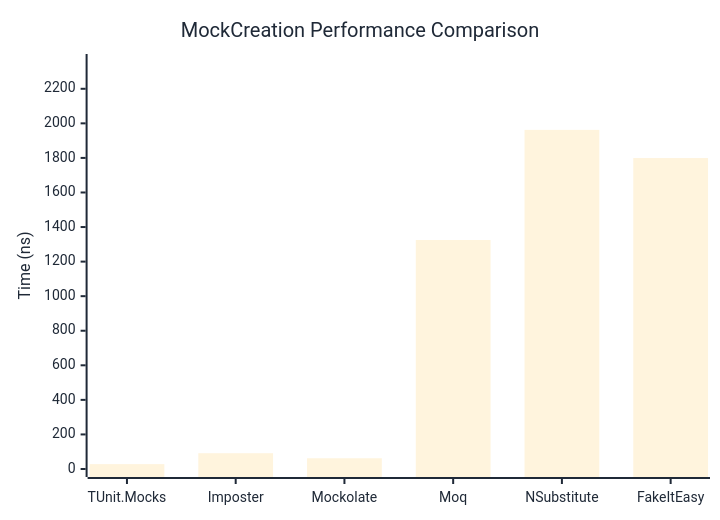
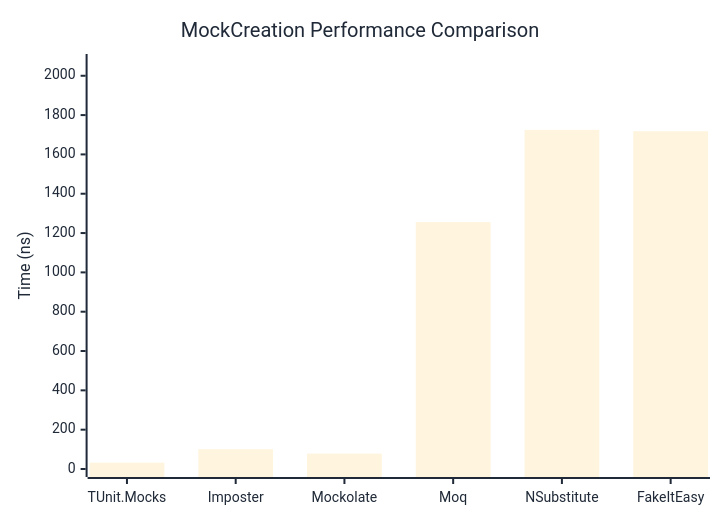
One commit to thomhurst/TUnit changed the first of 2 diagrams in docs/docs/benchmarks/mocks/MockCreation.md. Above: the diagram before and after it, drawn with Mermaid. The commit also changed other lines of this file and 14 other files, not shown here.

````diff
--- a/docs/docs/benchmarks/mocks/MockCreation.md
+++ b/docs/docs/benchmarks/mocks/MockCreation.md
@@ -30,27 +30,27 @@
 ```mermaid
 %%{init: {
   'theme':'base',
   'themeVariables': {
     'primaryColor': '#2563eb',
     'primaryTextColor': '#1f2937',
     'primaryBorderColor': '#1e40af',
     'lineColor': '#6b7280',
     'secondaryColor': '#7c3aed',
     'tertiaryColor': '#dc2626',
     'background': '#ffffff',
     'pie1': '#2563eb',
     'pie2': '#7c3aed',
     'pie3': '#dc2626',
     'pie4': '#f59e0b',
     'pie5': '#10b981',
     'pie6': '#06b6d4',
     'pie7': '#ec4899',
     'pie8': '#6366f1'
   }
 }}%%
 xychart-beta
   title "MockCreation Performance Comparison"
   x-axis ["TUnit.Mocks", "Imposter", "Mockolate", "Moq", "NSubstitute", "FakeItEasy"]
-  y-axis "Time (ns)" 0 --> 2355
-  bar [28.24, 91.37, 62.19, 1324.88, 1962.28, 1799.32]
+  y-axis "Time (ns)" 0 --> 2070
+  bar [32.12, 100.54, 78.19, 1255.61, 1724.95, 1717.67]
 ```
````
